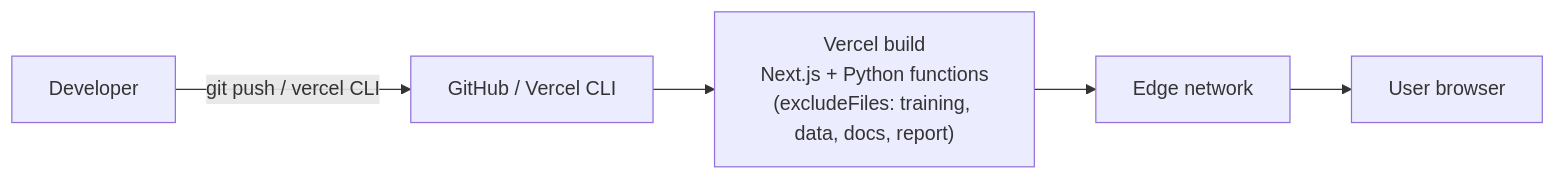
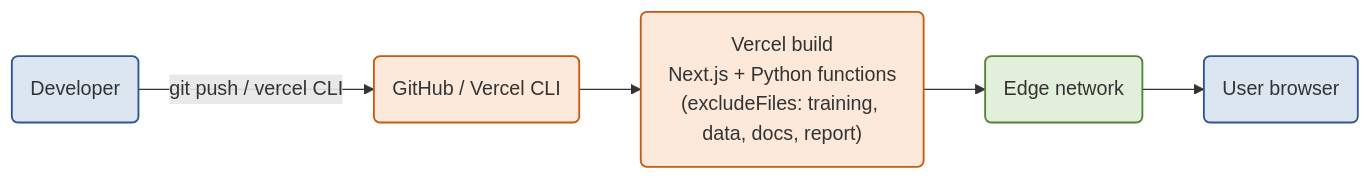
The diagram in report/diagrams/fig-4-1-deployment.mmd (gursimrannkaurr/credoscore), drawn with Mermaid before and after one commit. The commit also changed 61 other files, not shown here.

```diff
--- a/report/diagrams/fig-4-1-deployment.mmd
+++ b/report/diagrams/fig-4-1-deployment.mmd
@@ -1,5 +1,13 @@
 flowchart LR
-    DEV["Developer"] -- "git push / vercel CLI" --> GH["GitHub / Vercel CLI"]
-    GH --> BUILD["Vercel build<br/>Next.js + Python functions<br/>(excludeFiles: training, data, docs, report)"]
-    BUILD --> EDGE["Edge network"]
-    EDGE --> USER["User browser"]
+    DEV("Developer") -- "git push / vercel CLI" --> GH("GitHub / Vercel CLI")
+    GH --> BUILD("Vercel build<br/>Next.js + Python functions<br/>(excludeFiles: training, data, docs, report)")
+    BUILD --> EDGE("Edge network")
+    EDGE --> USER("User browser")
+
+    classDef root fill:#FDE9D9,stroke:#C55A11,stroke-width:1.5px;
+    classDef mid fill:#DCE6F1,stroke:#2F5597,stroke-width:1.5px;
+    classDef leaf fill:#E2EFDA,stroke:#548235,stroke-width:1.5px;
+
+    class DEV,USER mid
+    class GH,BUILD root
+    class EDGE leaf
```
